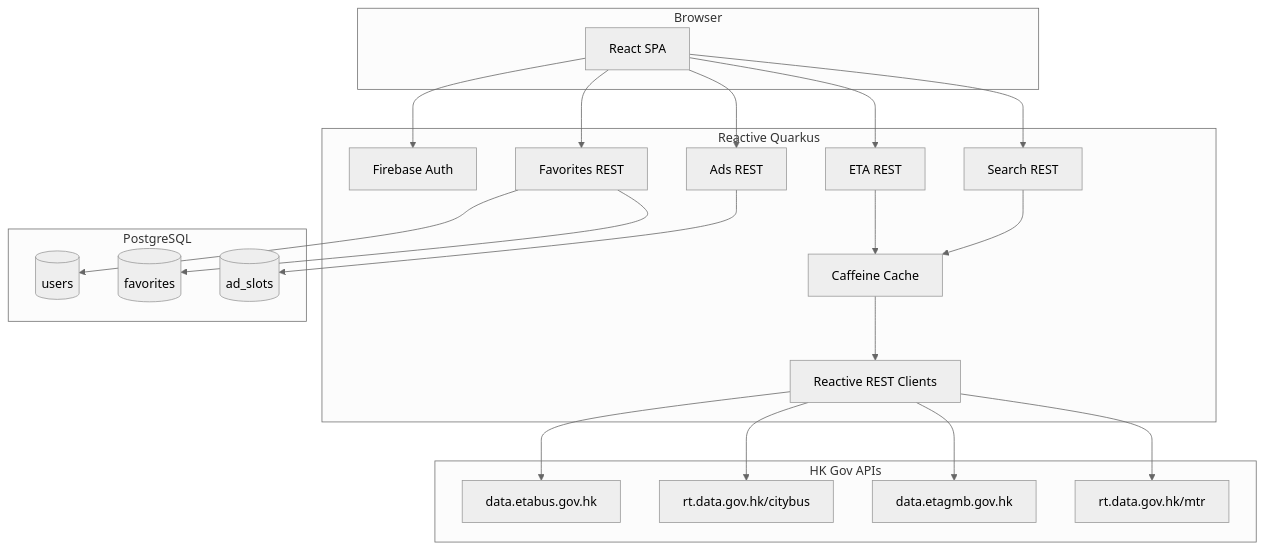
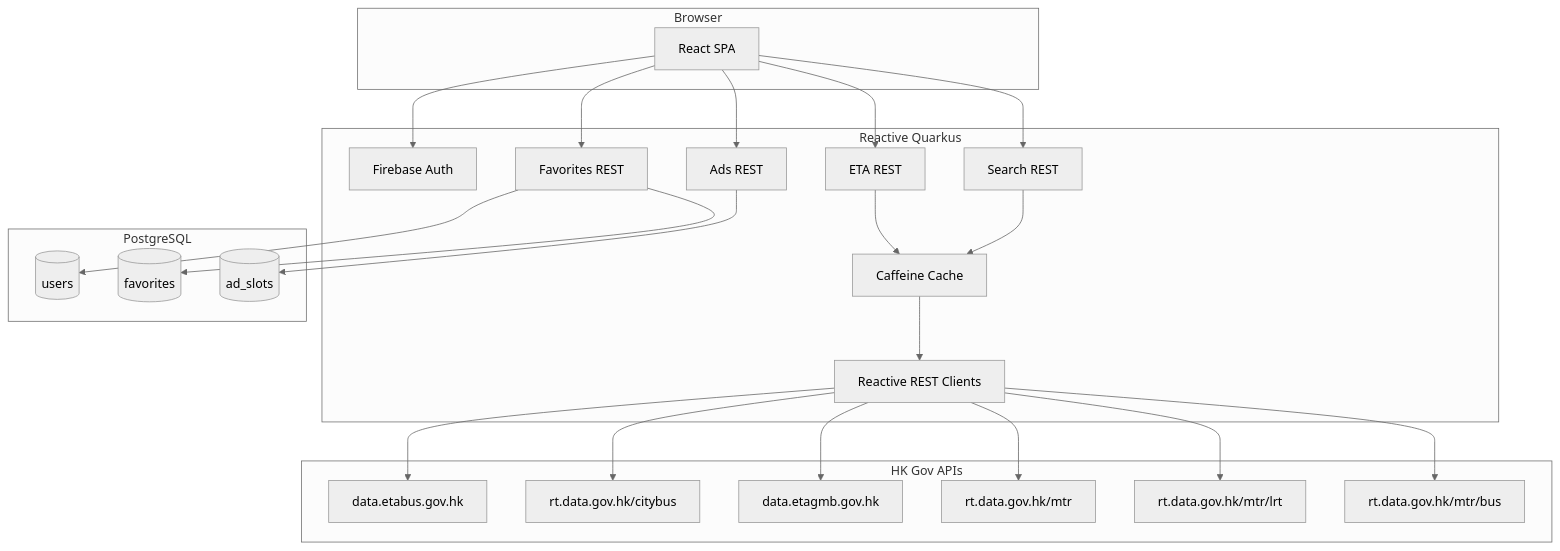
Before and after one commit to faworkshop/ptdashboard: the diagram in docs/architecture.md, drawn with Mermaid (neutral theme). The commit also changed other lines of this file and 8 other files, not shown here.

First line of the commit message:
Add Light Rail and MTR Bus ETA to planning docs.

````diff
--- a/docs/architecture.md
+++ b/docs/architecture.md
@@ -7,45 +7,49 @@
 ```mermaid
 flowchart TB
   subgraph client [Browser]
     UI[React SPA]
   end
 
   subgraph quarkus [Reactive Quarkus]
     Auth[Firebase Auth]
     FavAPI[Favorites REST]
     EtaAPI[ETA REST]
     SearchAPI[Search REST]
     AdsAPI[Ads REST]
     Cache[Caffeine Cache]
     RestClient[Reactive REST Clients]
   end
 
   subgraph db [PostgreSQL]
     Users[(users)]
     Favorites[(favorites)]
     Ads[(ad_slots)]
   end
 
   subgraph hk [HK Gov APIs]
     KMB[data.etabus.gov.hk]
     CTB[rt.data.gov.hk/citybus]
     GMB[data.etagmb.gov.hk]
     MTR[rt.data.gov.hk/mtr]
+    LRT[rt.data.gov.hk/mtr/lrt]
+    MTRBus[rt.data.gov.hk/mtr/bus]
   end
 
   UI --> Auth
   UI --> FavAPI
   UI --> EtaAPI
   UI --> SearchAPI
   UI --> AdsAPI
   FavAPI --> Users
   FavAPI --> Favorites
   AdsAPI --> Ads
   EtaAPI --> Cache
   SearchAPI --> Cache
   Cache --> RestClient
   RestClient --> KMB
   RestClient --> CTB
   RestClient --> GMB
   RestClient --> MTR
+  RestClient --> LRT
+  RestClient --> MTRBus
 ```
````
